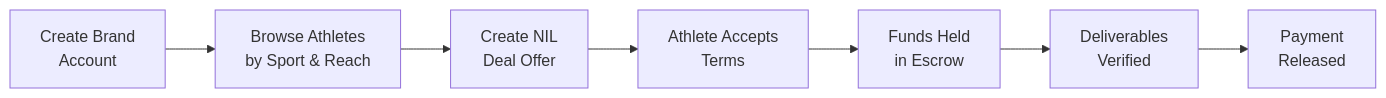
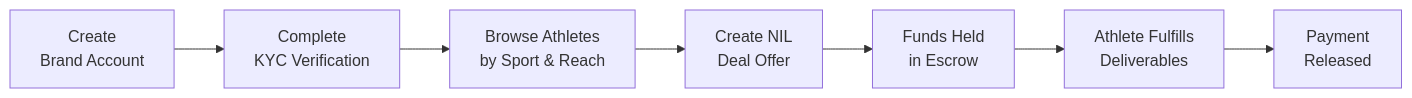
One commit to huttonbenj/The-Prowler changed the fifth of 18 diagrams in STRATEGY.md. Above: the diagram before and after it, drawn with Mermaid. The commit also changed other lines of this file, not shown here.

Commit message:
Complete strategy rebuild: verified pricing, itemized hours, architecture diagrams

````diff
--- a/STRATEGY.md
+++ b/STRATEGY.md
@@ -143,9 +101,9 @@
 ```mermaid
 flowchart LR
-    A["Create Brand<br/>Account"] --> B["Browse Athletes<br/>by Sport & Reach"]
-    B --> C["Create NIL<br/>Deal Offer"]
-    C --> D["Athlete Accepts<br/>Terms"]
+    A["Create<br/>Brand Account"] --> B["Complete<br/>KYC Verification"]
+    B --> C["Browse Athletes<br/>by Sport & Reach"]
+    C --> D["Create NIL<br/>Deal Offer"]
     D --> E["Funds Held<br/>in Escrow"]
-    E --> F["Deliverables<br/>Verified"]
+    E --> F["Athlete Fulfills<br/>Deliverables"]
     F --> G["Payment<br/>Released"]
 ```
````
